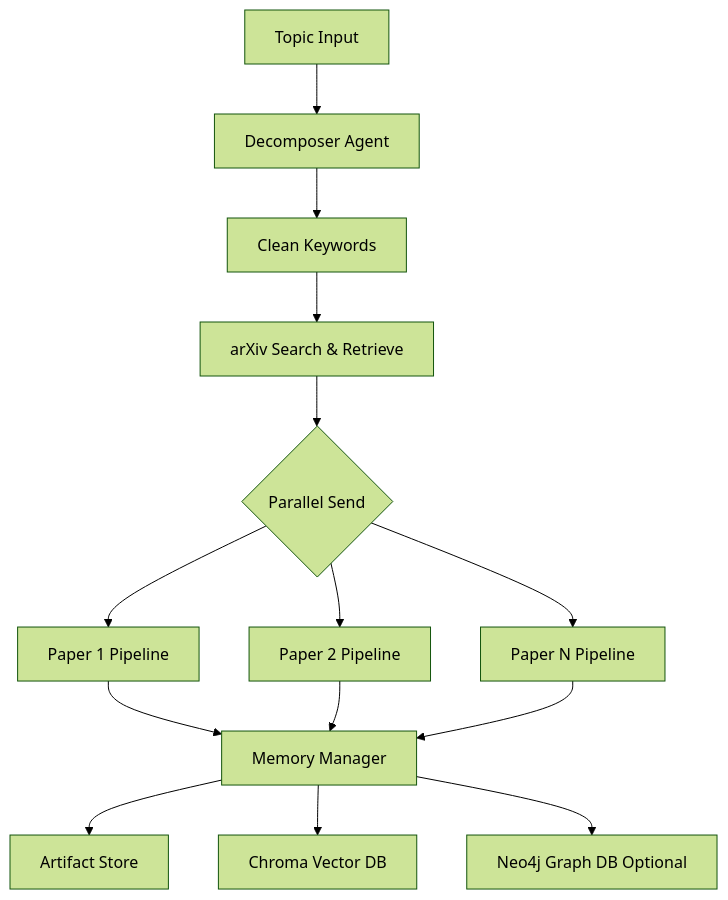
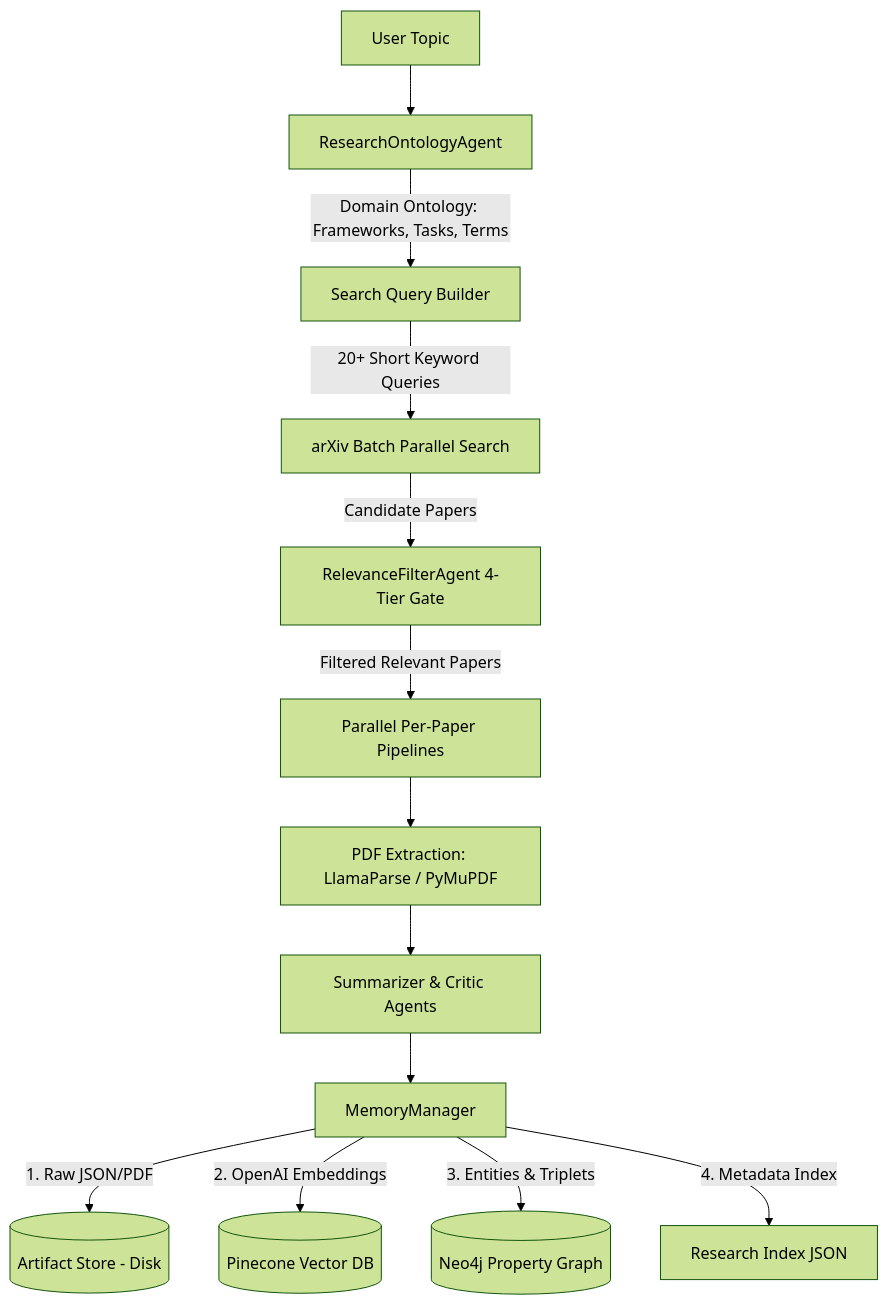
One commit to venkatpachala/Autonomous_Reasearch_Agent changed the first of 2 diagrams in README.md. Above: the diagram before and after it, drawn with Mermaid (forest theme). The commit also changed other lines of this file and 32 other files, not shown here.

Commit message:
feat: overhaul ingestion pipeline with ontology decomposer and Pinecone migration

````diff
--- a/README.md
+++ b/README.md
@@ -58,14 +61,15 @@
 ```mermaid
 flowchart TD
-    A[Topic Input] --> B[Decomposer Agent]
-    B --> C[Clean Keywords]
-    C --> D[arXiv Search & Retrieve]
-    D --> E{Parallel Send}
-    E --> F1[Paper 1 Pipeline]
-    E --> F2[Paper 2 Pipeline]
-    E --> F3[Paper N Pipeline]
-    F1 & F2 & F3 --> G[Memory Manager]
-    G --> H[Artifact Store]
-    G --> I[Chroma Vector DB]
-    G --> J[Neo4j Graph DB Optional]
+    A[User Topic] --> B[ResearchOntologyAgent]
+    B -->|Domain Ontology: Frameworks, Tasks, Terms| C[Search Query Builder]
+    C -->|20+ Short Keyword Queries| D[arXiv Batch Parallel Search]
+    D -->|Candidate Papers| E[RelevanceFilterAgent 4-Tier Gate]
+    E -->|Filtered Relevant Papers| F[Parallel Per-Paper Pipelines]
+    F --> G[PDF Extraction: LlamaParse / PyMuPDF]
+    G --> H[Summarizer & Critic Agents]
+    H --> I[MemoryManager]
+    I -->|1. Raw JSON/PDF| S1[(Artifact Store - Disk)]
+    I -->|2. OpenAI Embeddings| S2[(Pinecone Vector DB)]
+    I -->|3. Entities & Triplets| S3[(Neo4j Property Graph)]
+    I -->|4. Metadata Index| S4[Research Index JSON]
 ```
````
